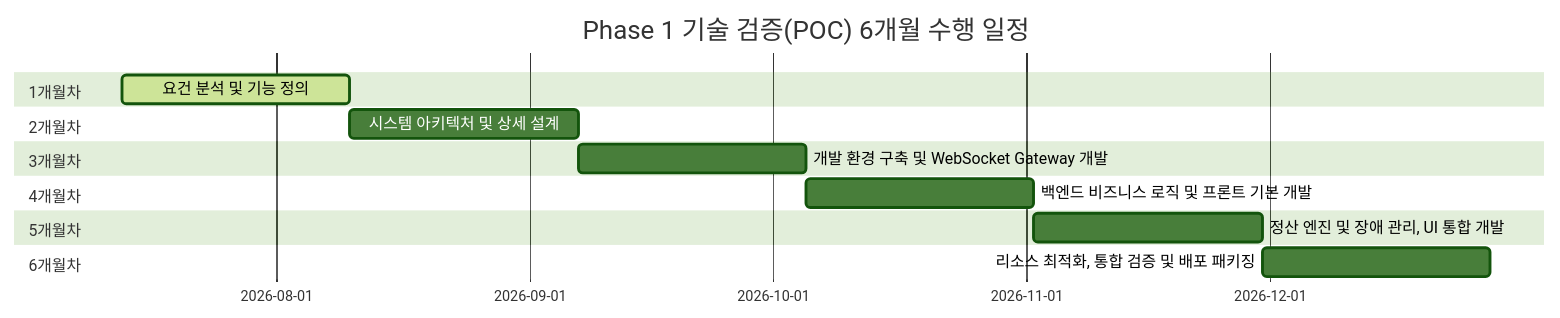
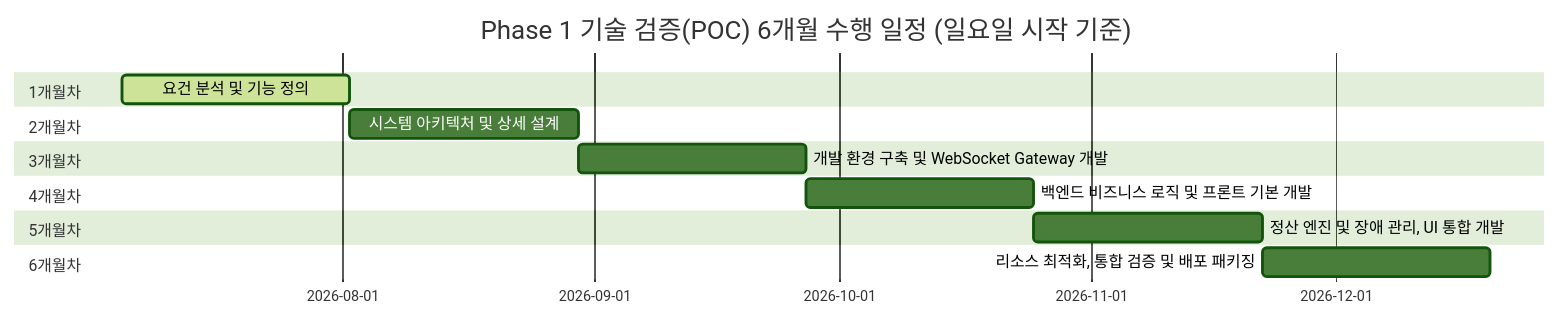
Before and after one commit to h2y-hyhong2/h2y-ocpp: the first of 2 diagrams in doc/01.standard_solution/05.poc.md, drawn with Mermaid (forest theme). The commit also changed other lines of this file and 1 other file, not shown here.

````diff
--- a/doc/01.standard_solution/05.poc.md
+++ b/doc/01.standard_solution/05.poc.md
@@ -20,24 +20,24 @@
 ```mermaid
 gantt
-    title Phase 1 기술 검증(POC) 6개월 수행 일정
+    title Phase 1 기술 검증(POC) 6개월 수행 일정 (일요일 시작 기준)
     dateFormat  YYYY-MM-DD
     axisFormat  %Y-%m-%d
 
     section 1개월차
-    요건 분석 및 기능 정의 :active, poc_analysis, 2026-07-13, 28d
+    요건 분석 및 기능 정의 :active, poc_analysis, 2026-07-05, 28d
 
     section 2개월차
     시스템 아키텍처 및 상세 설계 :poc_design, after poc_analysis, 28d
 
     section 3개월차
     개발 환경 구축 및 WebSocket Gateway 개발 :poc_gw, after poc_design, 28d
 
     section 4개월차
     백엔드 비즈니스 로직 및 프론트 기본 개발 :poc_biz, after poc_gw, 28d
 
     section 5개월차
     정산 엔진 및 장애 관리, UI 통합 개발 :poc_sett, after poc_biz, 28d
 
     section 6개월차
     리소스 최적화, 통합 검증 및 배포 패키징 :poc_final, after poc_sett, 28d
 ```
````
